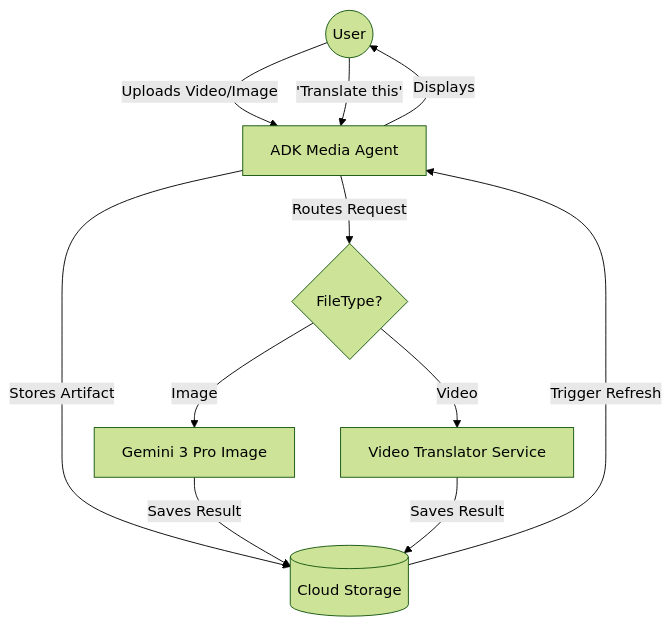
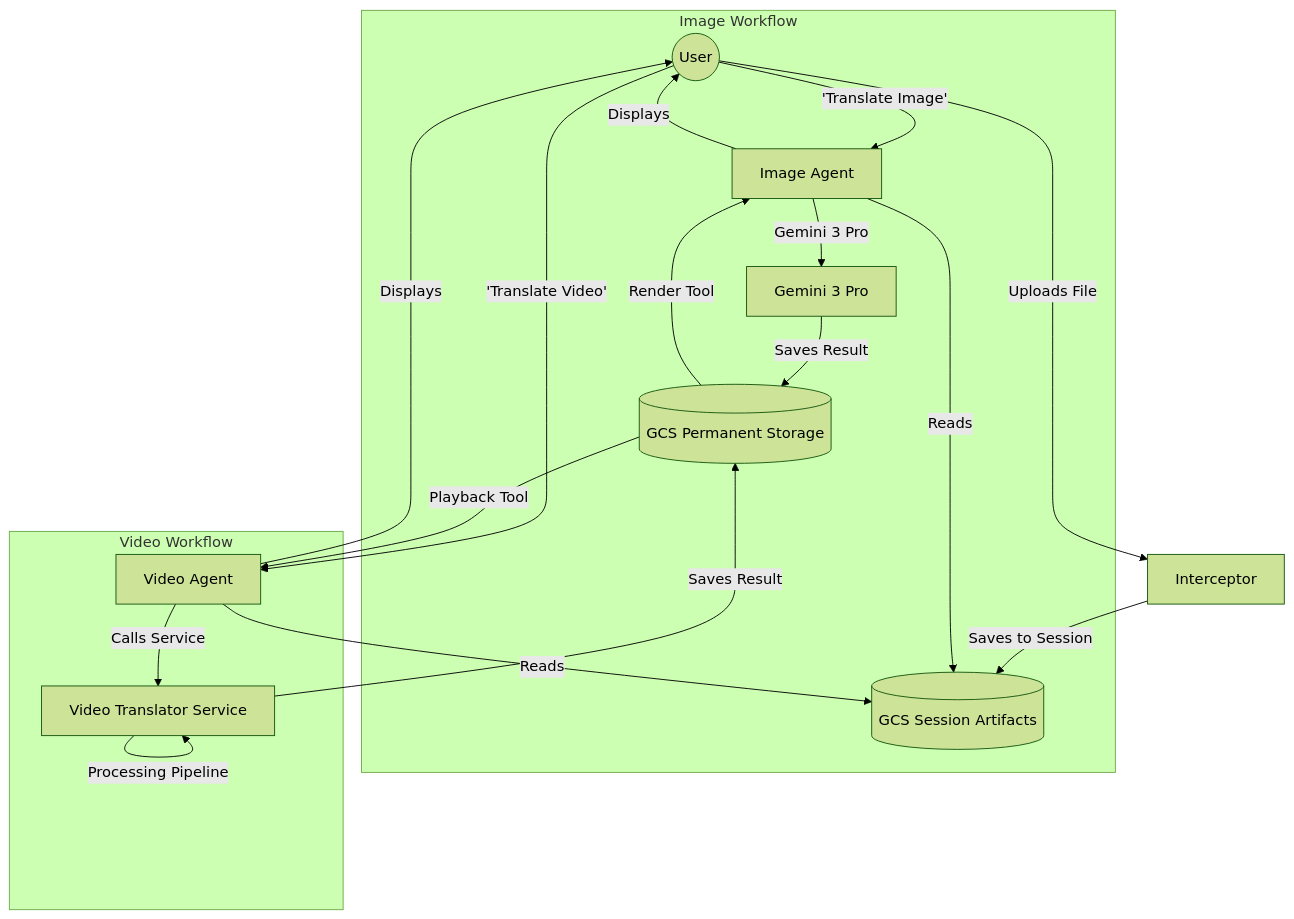
One commit to mycegcpdemo/spinmaster changed the first of 3 diagrams in README.md. Above: the diagram before and after it, drawn with Mermaid (forest theme). The commit also changed other lines of this file and 9 other files, not shown here.

````diff
--- a/README.md
+++ b/README.md
@@ -100,13 +96,25 @@
 ```mermaid
 graph TD
-    User((User)) -->|Uploads Video/Image| Agent[ADK Media Agent]
-    Agent -->|Stores Artifact| GCS[(Cloud Storage)]
-    User -->|'Translate this'| Agent
-    Agent -->|Routes Request| Logic{FileType?}
-    Logic -->|Image| Gemini3[Gemini 3 Pro Image]
-    Logic -->|Video| CloudRun[Video Translator Service]
-    Gemini3 -->|Saves Result| GCS
-    CloudRun -->|Saves Result| GCS
-    GCS -->|Trigger Refresh| Agent
-    Agent -->|Displays| User
+    User((User)) -->|Uploads File| Interceptor[Interceptor]
+    Interceptor -->|Saves to Session| GCS_Session[(GCS Session Artifacts)]
+    
+    subgraph "Image Workflow"
+    User -->|'Translate Image'| ImageAgent[Image Agent]
+    ImageAgent -->|Reads| GCS_Session
+    ImageAgent -->|Gemini 3 Pro| Gemini3[Gemini 3 Pro]
+    Gemini3 -->|Saves Result| GCS_Perm[(GCS Permanent Storage)]
+    end
+
+    subgraph "Video Workflow"
+    User -->|'Translate Video'| VideoAgent[Video Agent]
+    VideoAgent -->|Reads| GCS_Session
+    VideoAgent -->|Calls Service| CloudRun[Video Translator Service]
+    CloudRun -->|Processing Pipeline| CloudRun
+    CloudRun -->|Saves Result| GCS_Perm
+    end
+
+    GCS_Perm -->|Render Tool| ImageAgent
+    GCS_Perm -->|Playback Tool| VideoAgent
+    ImageAgent -->|Displays| User
+    VideoAgent -->|Displays| User
 ```
````
